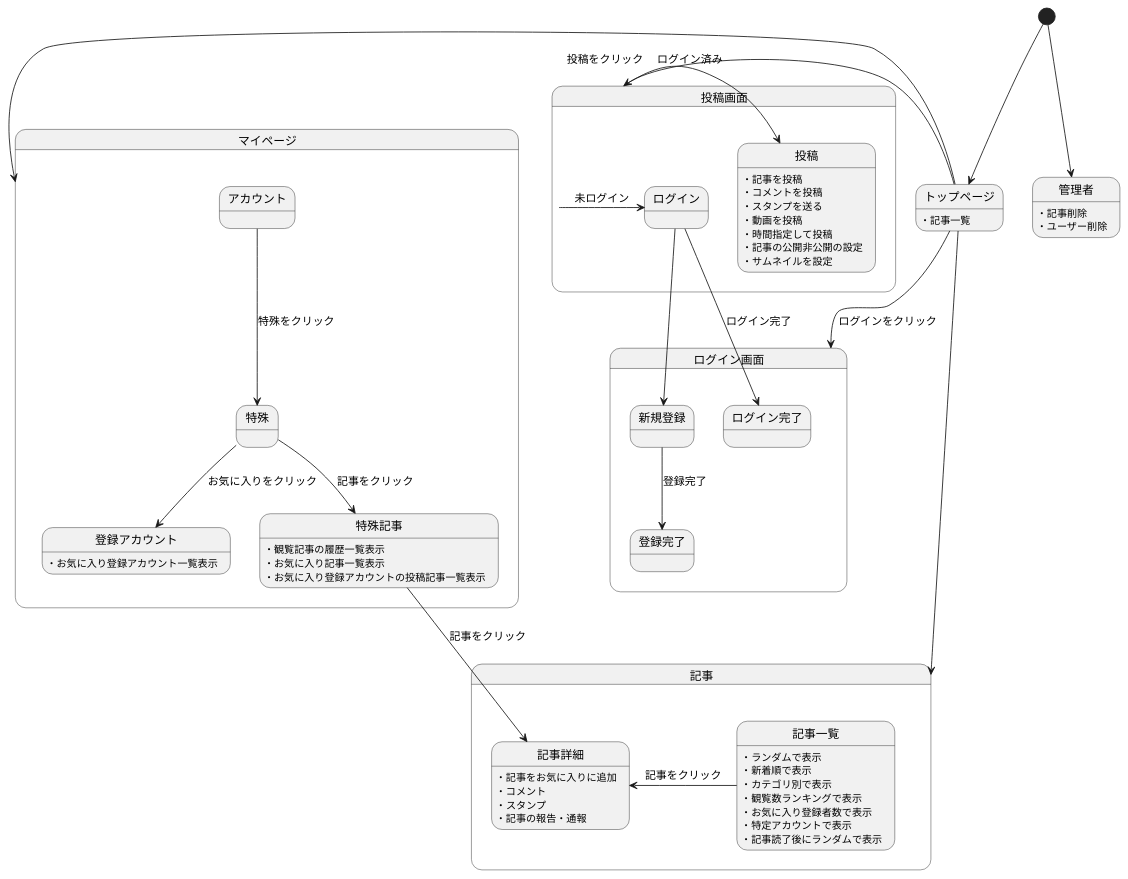
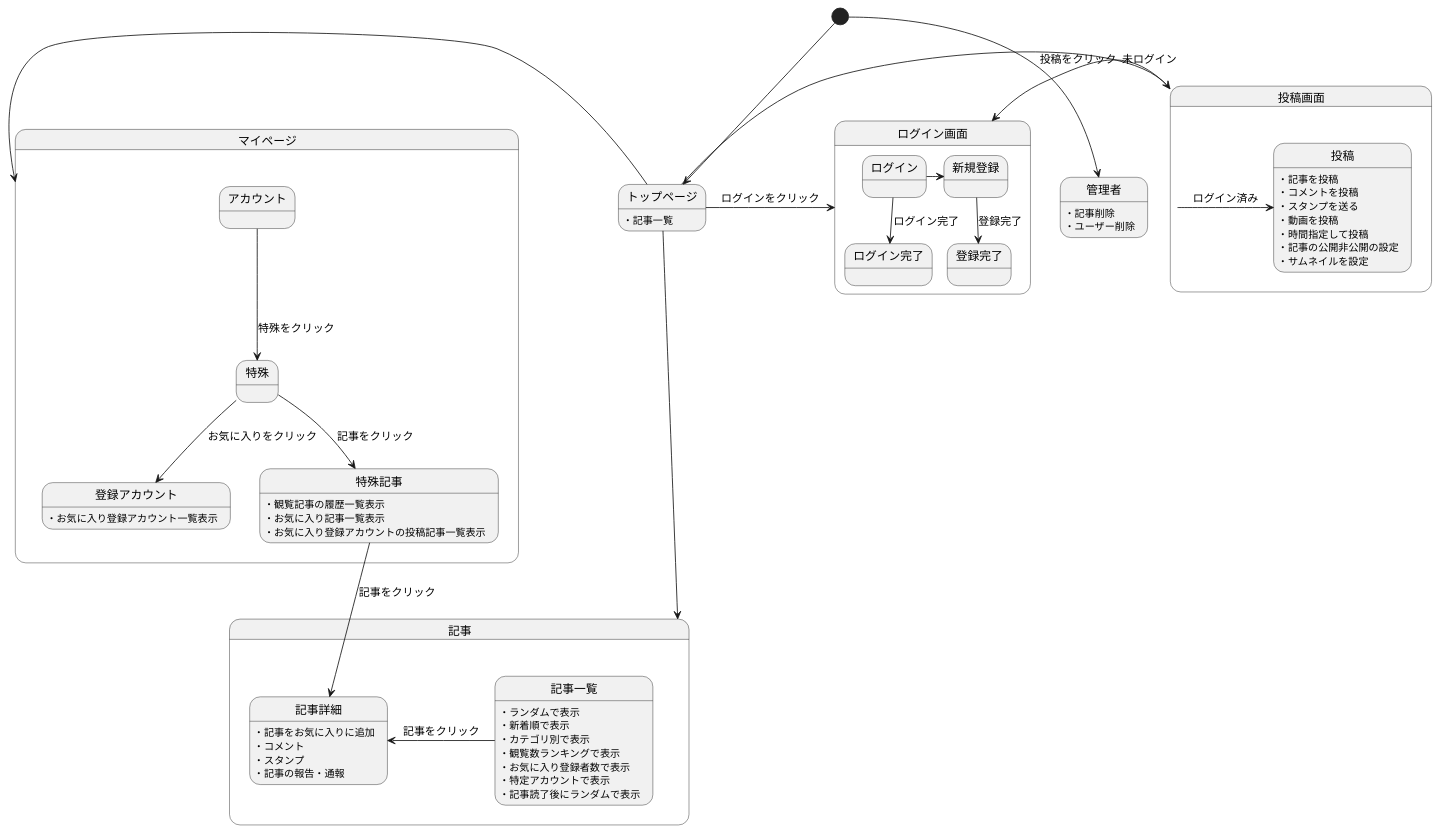
The diagram in 後期画面遷移.md (Aso2001001/2022System), drawn with PlantUML before and after one commit.

````diff
--- a/後期画面遷移.md
+++ b/後期画面遷移.md
@@ -1,72 +1,72 @@
 ```uml
 @startuml
 [*] --> トップページ
 
 
 トップページ -down-> 記事
 トップページ -left-> マイページ
 トップページ -> 投稿画面 : 投稿をクリック
 
 トップページ:・記事一覧
 
 トップページ -> ログイン画面 : ログインをクリック
 
 state 投稿画面{
 投稿画面 -> 投稿 : ログイン済み
-投稿画面 -> ログイン : 未ログイン
+投稿画面 -> ログイン画面 : 未ログイン
 投稿:・記事を投稿
 投稿:・コメントを投稿
 投稿:・スタンプを送る
 投稿:・動画を投稿
 投稿:・時間指定して投稿
 投稿:・記事の公開非公開の設定
 投稿:・サムネイルを設定
 
 }
 
 state ログイン画面{
 ログイン -> 新規登録
 ログイン -down-> ログイン完了 : ログイン完了
 新規登録 -down-> 登録完了 : 登録完了
 }
 
 state 記事{
 記事一覧 -left-> 記事詳細 : 記事をクリック
 
 記事一覧:・ランダムで表示
 記事一覧:・新着順で表示
 記事一覧:・カテゴリ別で表示
 記事一覧:・観覧数ランキングで表示
 記事一覧:・お気に入り登録者数で表示
 記事一覧:・特定アカウントで表示
 記事一覧:・記事読了後にランダムで表示
 
 記事詳細:・記事をお気に入りに追加
 記事詳細:・コメント
 記事詳細:・スタンプ
 記事詳細:・記事の報告・通報
 
 }
 
 state マイページ{
 
 アカウント -down-> 特殊 : 特殊をクリック
 特殊 -down-> 登録アカウント :お気に入りをクリック
 特殊 -down-> 特殊記事 :記事をクリック
 特殊記事 -down-> 記事詳細 :記事をクリック
 
 特殊記事:・観覧記事の履歴一覧表示
 特殊記事:・お気に入り記事一覧表示
 登録アカウント:・お気に入り登録アカウント一覧表示
 特殊記事:・お気に入り登録アカウントの投稿記事一覧表示
 
 }
 
 
 [*] --> 管理者
 管理者:・記事削除
 管理者:・ユーザー削除
 
 
 @enduml
 ```
````
